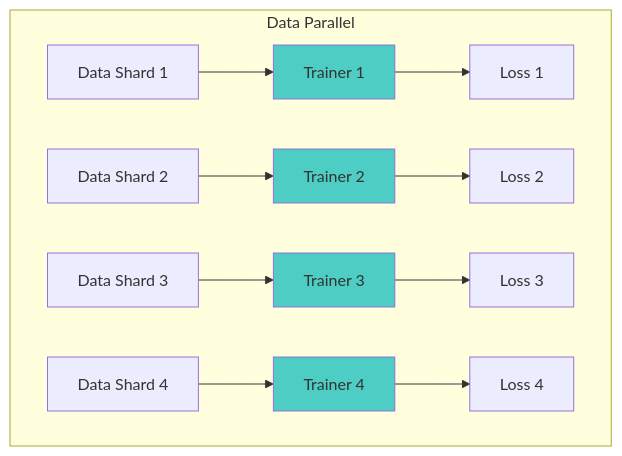
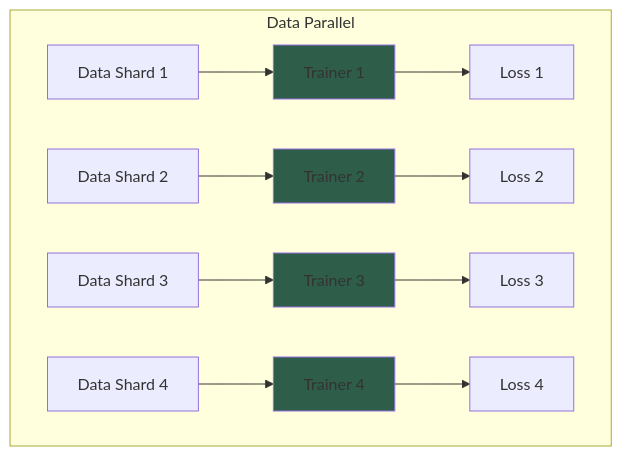
Before and after one commit to AlirezaShamsoshoara/monarch: diagram 11 of 15 in docs/MESHES.md, drawn with Mermaid. The commit also changed other lines of this file, not shown here.

````diff
--- a/docs/MESHES.md
+++ b/docs/MESHES.md
@@ -587,19 +587,19 @@
 ```mermaid
 graph TB
     subgraph Data Parallel
         D1[Data Shard 1] --> T1[Trainer 1]
         D2[Data Shard 2] --> T2[Trainer 2]
         D3[Data Shard 3] --> T3[Trainer 3]
         D4[Data Shard 4] --> T4[Trainer 4]
 
         T1 --> L1[Loss 1]
         T2 --> L2[Loss 2]
         T3 --> L3[Loss 3]
         T4 --> L4[Loss 4]
     end
 
-    style T1 fill:#4ecdc4
-    style T2 fill:#4ecdc4
-    style T3 fill:#4ecdc4
-    style T4 fill:#4ecdc4
+    style T1 fill:#2e5e4a
+    style T2 fill:#2e5e4a
+    style T3 fill:#2e5e4a
+    style T4 fill:#2e5e4a
 ```
````
